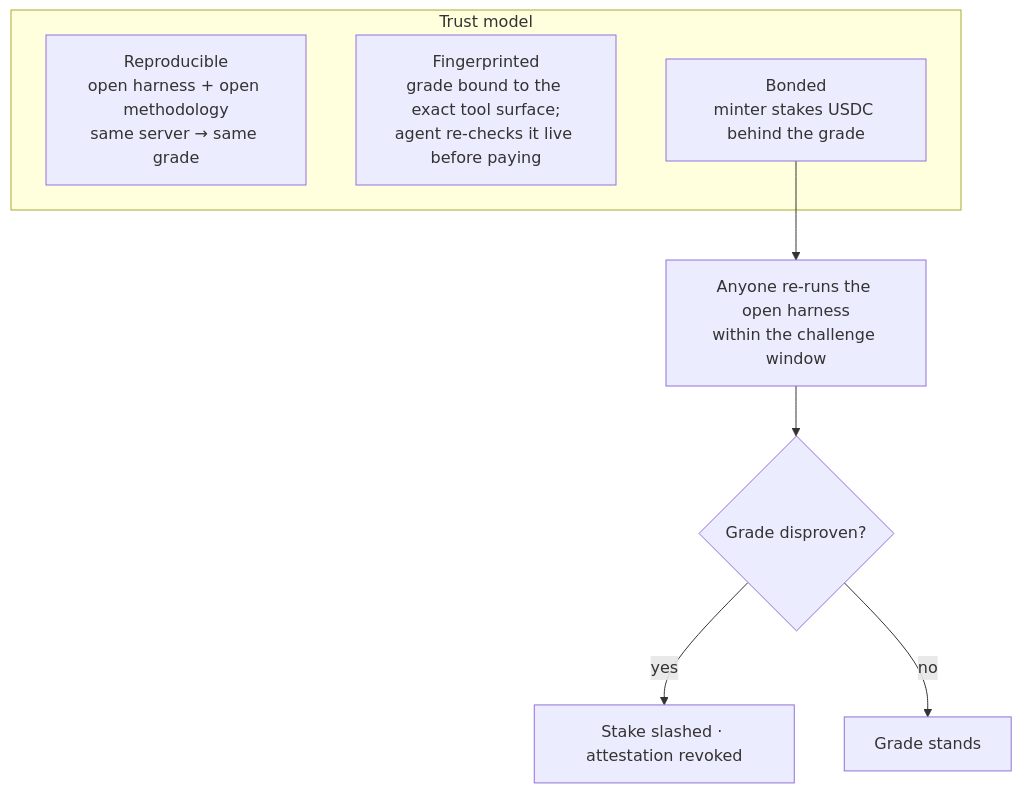
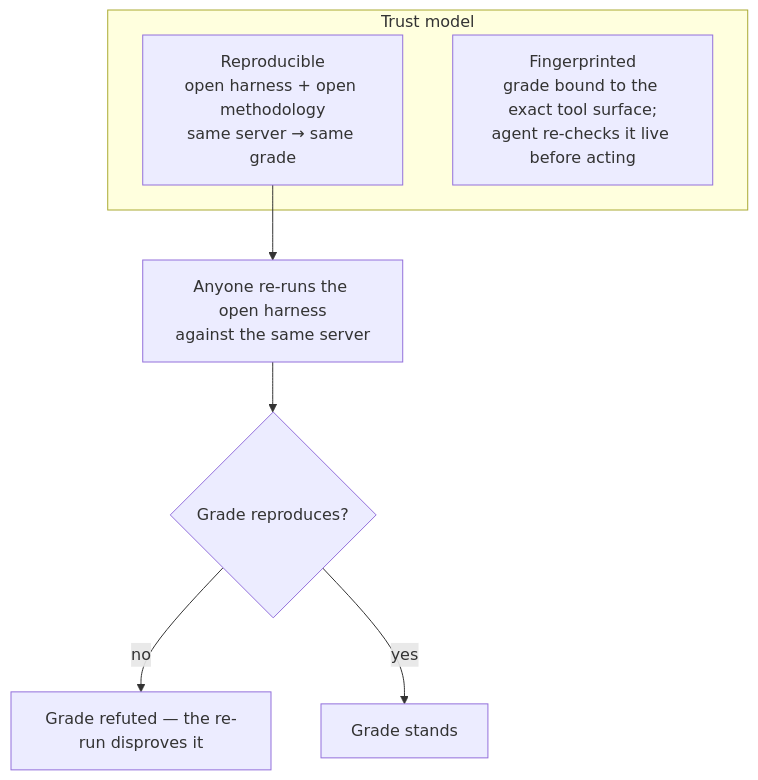
Before and after one commit to polygraphso/litmus: the fifth of 6 diagrams in docs/how-it-works.md, drawn with Mermaid. The commit also changed other lines of this file and 28 other files, not shown here.

First line of the commit message:
Remove Privy, the USDC bond, and hackathon scaffolding (#3)

````diff
--- a/docs/how-it-works.md
+++ b/docs/how-it-works.md
@@ -123,12 +123,11 @@
 ```mermaid
 flowchart TD
     subgraph T["Trust model"]
         REP["Reproducible<br/>open harness + open methodology<br/>same server → same grade"]
-        FP["Fingerprinted<br/>grade bound to the exact tool surface;<br/>agent re-checks it live before paying"]
-        BOND["Bonded<br/>minter stakes USDC behind the grade"]
+        FP["Fingerprinted<br/>grade bound to the exact tool surface;<br/>agent re-checks it live before acting"]
     end
-    BOND --> CH["Anyone re-runs the open harness<br/>within the challenge window"]
-    CH --> Q{"Grade disproven?"}
-    Q -->|yes| SL["Stake slashed · attestation revoked"]
-    Q -->|no| OK["Grade stands"]
+    REP --> CH["Anyone re-runs the open harness<br/>against the same server"]
+    CH --> Q{"Grade reproduces?"}
+    Q -->|no| SL["Grade refuted — the re-run disproves it"]
+    Q -->|yes| OK["Grade stands"]
 ```
````
